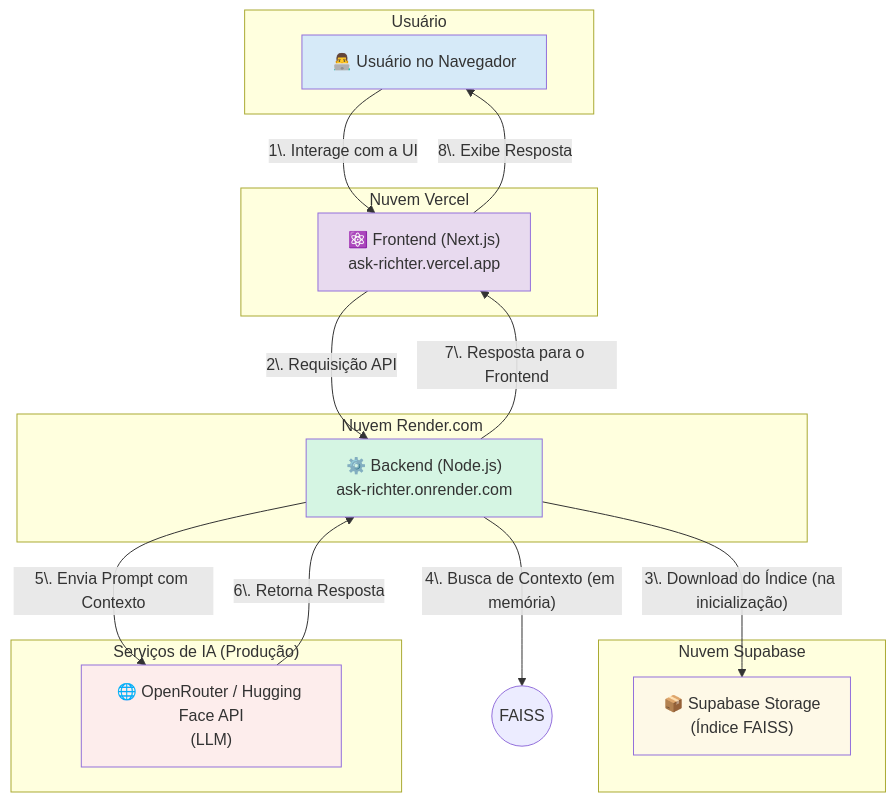
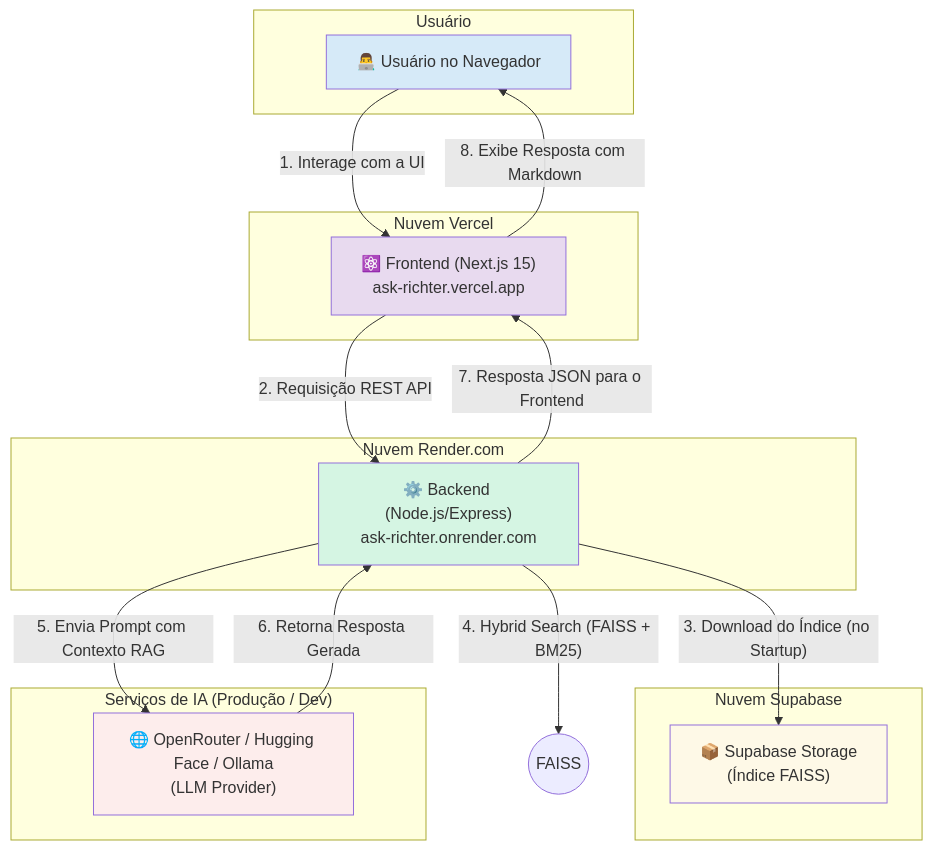
The diagram in README.md (lfrichter/ask-richter), drawn with Mermaid before and after one commit. The commit also changed other lines of this file and 4 other files, not shown here.

````diff
--- a/README.md
+++ b/README.md
@@ -31,37 +47,37 @@
 ```mermaid
 graph TD
     subgraph "Usuário"
         User[👨‍💻 Usuário no Navegador]
     end
 
     subgraph "Nuvem Vercel"
-        Frontend["⚛️ Frontend (Next.js)<br>ask-richter.vercel.app"]
+        Frontend["⚛️ Frontend (Next.js 15)<br>ask-richter.vercel.app"]
     end
 
     subgraph "Nuvem Render.com"
-        Backend["⚙️ Backend (Node.js)<br>ask-richter.onrender.com"]
+        Backend["⚙️ Backend (Node.js/Express)<br>ask-richter.onrender.com"]
     end
 
     subgraph "Nuvem Supabase"
         SupabaseDB["📦 Supabase Storage<br>(Índice FAISS)"]
     end
 
-    subgraph "Serviços de IA (Produção)"
-        HF_API["🌐 OpenRouter / Hugging Face API<br>(LLM)"]
+    subgraph "Serviços de IA (Produção / Dev)"
+        HF_API["🌐 OpenRouter / Hugging Face / Ollama<br>(LLM Provider)"]
     end
 
-    User -- "1\. Interage com a UI" --> Frontend
-    Frontend -- "2\. Requisição API" --> Backend
-    Backend -- "3\. Download do Índice (na inicialização)" --> SupabaseDB
-    Backend -- "4\. Busca de Contexto (em memória)" --> faiss((FAISS))
-    Backend -- "5\. Envia Prompt com Contexto" --> HF_API
-    HF_API -- "6\. Retorna Resposta" --> Backend
-    Backend -- "7\. Resposta para o Frontend" --> Frontend
-    Frontend -- "8\. Exibe Resposta" --> User
+    User -- "1. Interage com a UI" --> Frontend
+    Frontend -- "2. Requisição REST API" --> Backend
+    Backend -- "3. Download do Índice (no Startup)" --> SupabaseDB
+    Backend -- "4. Hybrid Search (FAISS + BM25)" --> faiss((FAISS))
+    Backend -- "5. Envia Prompt com Contexto RAG" --> HF_API
+    HF_API -- "6. Retorna Resposta Gerada" --> Backend
+    Backend -- "7. Resposta JSON para o Frontend" --> Frontend
+    Frontend -- "8. Exibe Resposta com Markdown" --> User
 
     style User fill:#D6EAF8
     style Frontend fill:#E8DAEF
     style Backend fill:#D5F5E3
     style SupabaseDB fill:#FEF9E7
     style HF_API fill:#FDEDEC
 ```
````
